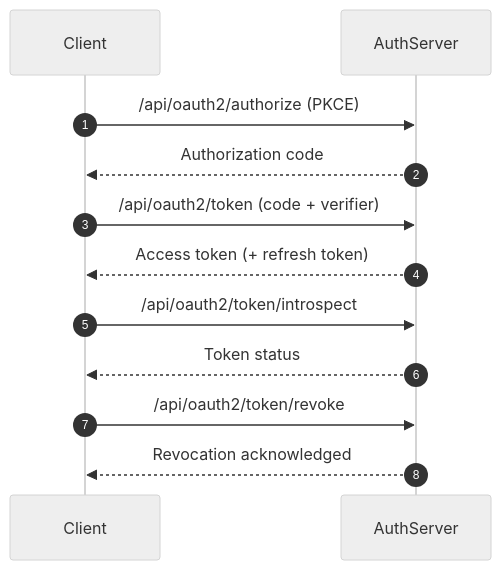
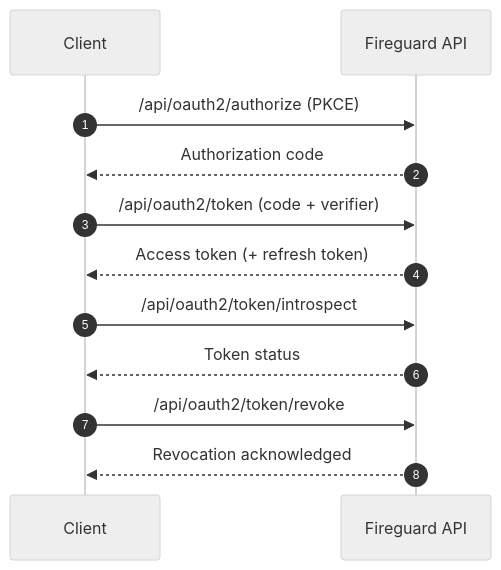
The first of 2 diagrams in README.md (DevSkyLex/fireguard-api), drawn with Mermaid (neutral theme) before and after one commit. The commit also changed other lines of this file and 15 other files, not shown here.

````diff
--- a/README.md
+++ b/README.md
@@ -125,14 +140,14 @@
 ```mermaid
 sequenceDiagram
   autonumber
   participant Client
-  participant AuthServer
-  Client->>AuthServer: /api/oauth2/authorize (PKCE)
-  AuthServer-->>Client: Authorization code
-  Client->>AuthServer: /api/oauth2/token (code + verifier)
-  AuthServer-->>Client: Access token (+ refresh token)
-  Client->>AuthServer: /api/oauth2/token/introspect
-  AuthServer-->>Client: Token status
-  Client->>AuthServer: /api/oauth2/token/revoke
-  AuthServer-->>Client: Revocation acknowledged
+  participant API as Fireguard API
+  Client->>API: /api/oauth2/authorize (PKCE)
+  API-->>Client: Authorization code
+  Client->>API: /api/oauth2/token (code + verifier)
+  API-->>Client: Access token (+ refresh token)
+  Client->>API: /api/oauth2/token/introspect
+  API-->>Client: Token status
+  Client->>API: /api/oauth2/token/revoke
+  API-->>Client: Revocation acknowledged
 ```
````
